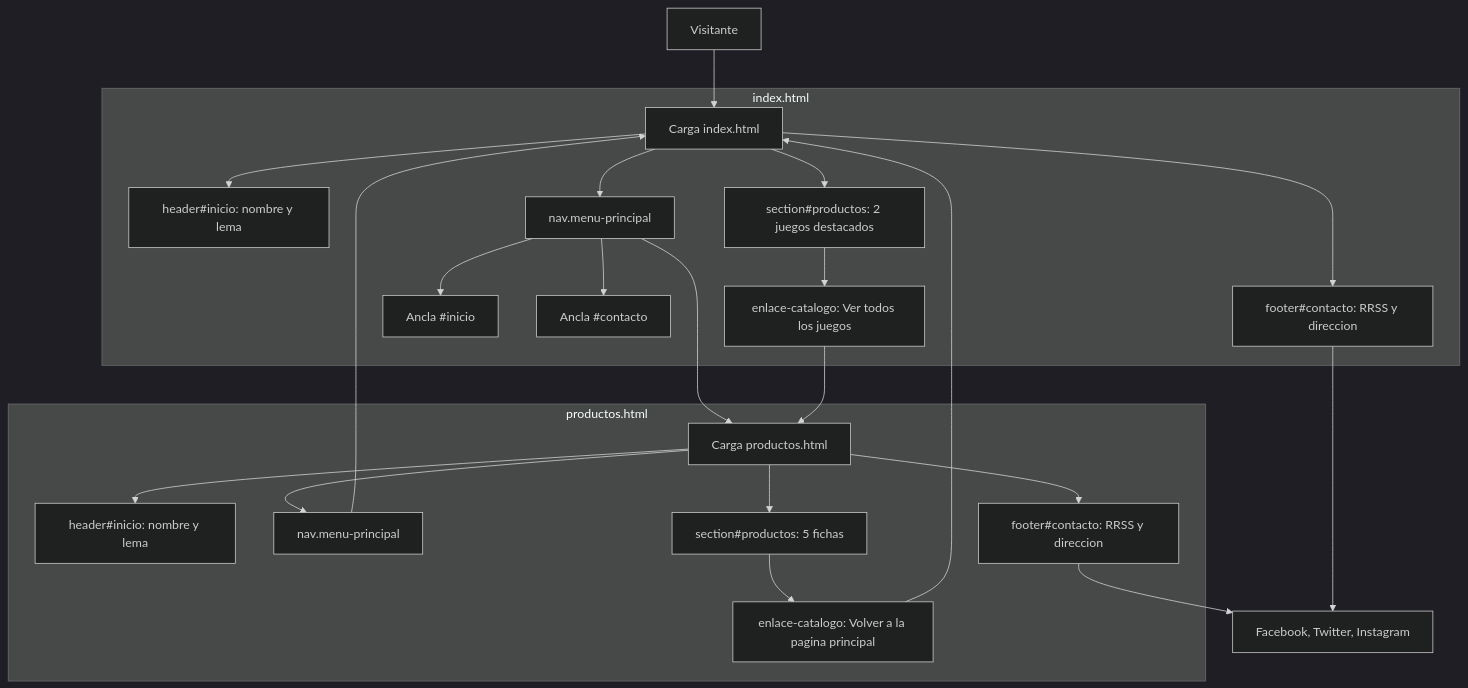
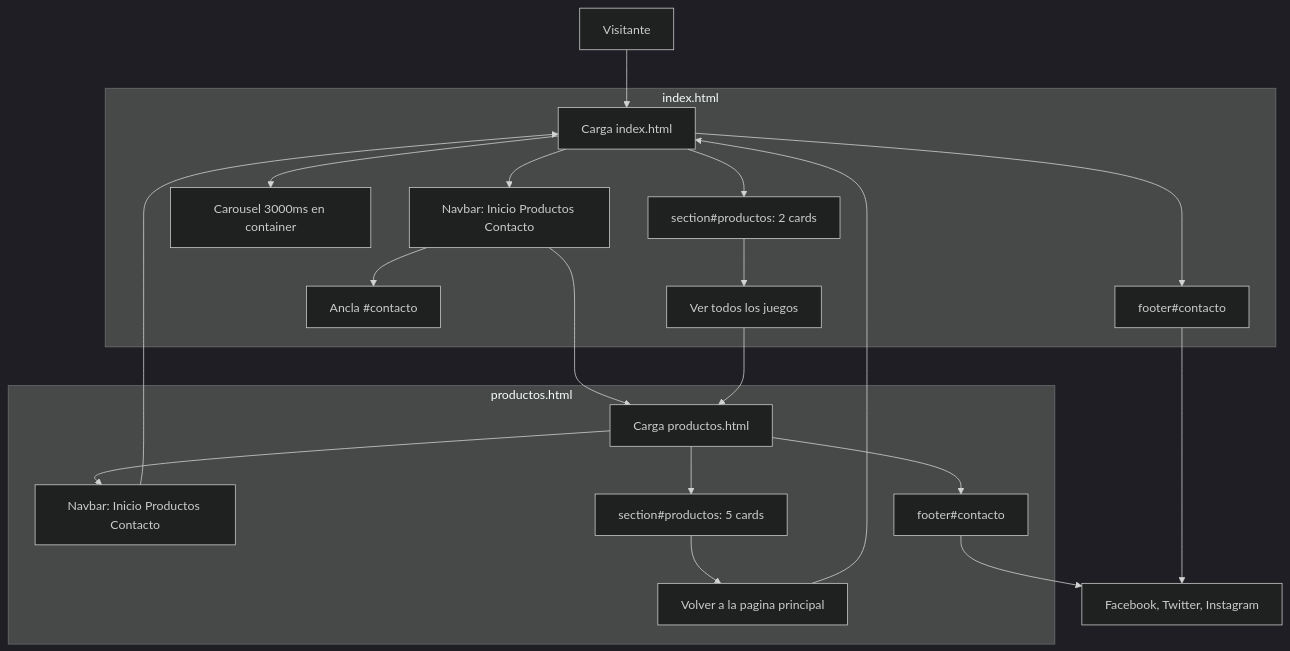
One commit to L0ncho/EliteGamingStore changed the diagram in README.md. Above: the diagram before and after it, drawn with Mermaid (dark theme). The commit also changed other lines of this file and 3 other files, not shown here.

````diff
--- a/README.md
+++ b/README.md
@@ -59,29 +81,27 @@
 ```mermaid
 flowchart TD
     Visitante["Visitante"] --> Portada
 
     subgraph paginaInicio [index.html]
-        Portada["Carga index.html"] --> CabeceraInicio["header#inicio: nombre y lema"]
-        Portada --> NavInicio["nav.menu-principal"]
-        Portada --> Destacados["section#productos: 2 juegos destacados"]
-        Portada --> PieInicio["footer#contacto: RRSS y direccion"]
-        NavInicio --> AncInicio["Ancla #inicio"]
-        NavInicio --> AncContacto["Ancla #contacto"]
-        Destacados --> BotonCatalogo["enlace-catalogo: Ver todos los juegos"]
+        Portada["Carga index.html"] --> NavInicio["Navbar: Inicio Productos Contacto"]
+        Portada --> Carrusel["Carousel 3000ms en container"]
+        Portada --> Destacados["section#productos: 2 cards"]
+        Portada --> PieInicio["footer#contacto"]
+        NavInicio --> AncContactoInicio["Ancla #contacto"]
+        Destacados --> BotonCatalogo["Ver todos los juegos"]
     end
 
     subgraph paginaCatalogo [productos.html]
-        Catalogo["Carga productos.html"] --> CabeceraCatalogo["header#inicio: nombre y lema"]
-        Catalogo --> NavCatalogo["nav.menu-principal"]
-        Catalogo --> Fichas["section#productos: 5 fichas"]
-        Catalogo --> PieCatalogo["footer#contacto: RRSS y direccion"]
-        Fichas --> BotonVolver["enlace-catalogo: Volver a la pagina principal"]
+        Catalogo["Carga productos.html"] --> NavCatalogo["Navbar: Inicio Productos Contacto"]
+        Catalogo --> Fichas["section#productos: 5 cards"]
+        Catalogo --> PieCatalogo["footer#contacto"]
+        Fichas --> BotonVolver["Volver a la pagina principal"]
     end
 
     NavInicio --> Catalogo
     BotonCatalogo --> Catalogo
     NavCatalogo --> Portada
     BotonVolver --> Portada
     PieInicio --> Externos["Facebook, Twitter, Instagram"]
     PieCatalogo --> Externos
 ```
````
